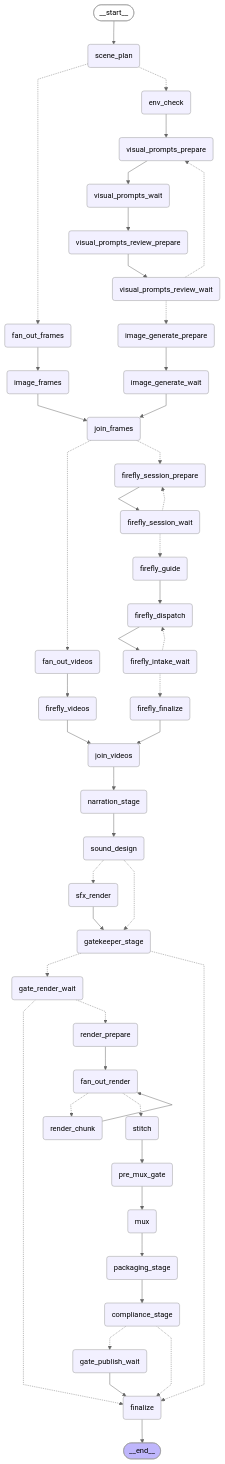
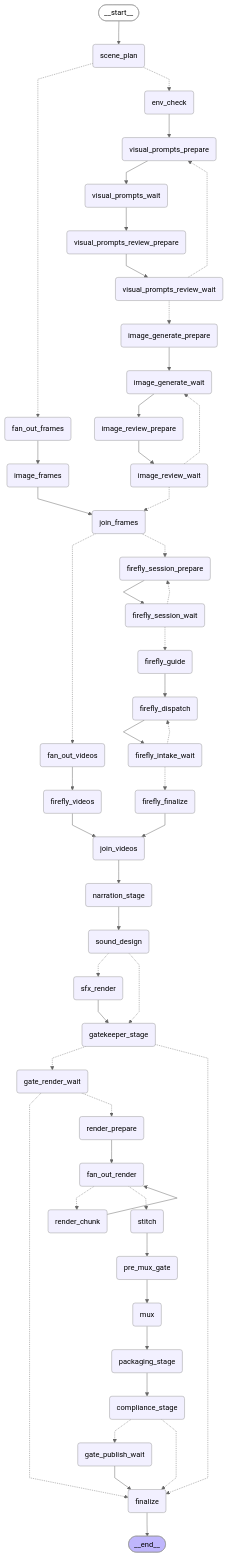
Before and after one commit to vickhenriqueztorres-source/hsl-video-studio: the diagram in docs/graph/production.mmd, drawn with Mermaid (neutral theme). The commit also changed 20 other files, not shown here.

```diff
--- a/docs/graph/production.mmd
+++ b/docs/graph/production.mmd
@@ -1,88 +1,93 @@
 %%{init: {'flowchart': {'curve': 'linear'}}}%%
 graph TD;
 	__start__([<p>__start__</p>]):::first
 	scene_plan(scene_plan)
 	env_check(env_check)
 	visual_prompts_prepare(visual_prompts_prepare)
 	visual_prompts_wait(visual_prompts_wait)
 	visual_prompts_review_prepare(visual_prompts_review_prepare)
 	visual_prompts_review_wait(visual_prompts_review_wait)
 	image_generate_prepare(image_generate_prepare)
 	image_generate_wait(image_generate_wait)
+	image_review_prepare(image_review_prepare)
+	image_review_wait(image_review_wait)
 	fan_out_frames(fan_out_frames)
 	image_frames(image_frames)
 	join_frames(join_frames)
 	firefly_session_prepare(firefly_session_prepare)
 	firefly_session_wait(firefly_session_wait)
 	firefly_guide(firefly_guide)
 	firefly_dispatch(firefly_dispatch)
 	firefly_intake_wait(firefly_intake_wait)
 	firefly_finalize(firefly_finalize)
 	fan_out_videos(fan_out_videos)
 	firefly_videos(firefly_videos)
 	join_videos(join_videos)
 	narration_stage(narration_stage)
 	sound_design(sound_design)
 	sfx_render(sfx_render)
 	gatekeeper_stage(gatekeeper_stage)
 	gate_render_wait(gate_render_wait)
 	render_prepare(render_prepare)
 	fan_out_render(fan_out_render)
 	render_chunk(render_chunk)
 	stitch(stitch)
 	pre_mux_gate(pre_mux_gate)
 	mux(mux)
 	packaging_stage(packaging_stage)
 	compliance_stage(compliance_stage)
 	gate_publish_wait(gate_publish_wait)
 	finalize(finalize)
 	__end__([<p>__end__</p>]):::last
 	__start__ --> scene_plan;
 	env_check --> visual_prompts_prepare;
 	fan_out_frames --> image_frames;
 	fan_out_videos --> firefly_videos;
 	finalize --> __end__;
 	firefly_dispatch --> firefly_intake_wait;
 	firefly_finalize --> join_videos;
 	firefly_guide --> firefly_dispatch;
 	firefly_session_prepare --> firefly_session_wait;
 	firefly_videos --> join_videos;
 	gate_publish_wait --> finalize;
 	image_frames --> join_frames;
 	image_generate_prepare --> image_generate_wait;
-	image_generate_wait --> join_frames;
+	image_generate_wait --> image_review_prepare;
+	image_review_prepare --> image_review_wait;
 	join_videos --> narration_stage;
 	mux --> packaging_stage;
 	narration_stage --> sound_design;
 	packaging_stage --> compliance_stage;
 	pre_mux_gate --> mux;
 	render_chunk --> fan_out_render;
 	render_prepare --> fan_out_render;
 	sfx_render --> gatekeeper_stage;
 	stitch --> pre_mux_gate;
 	visual_prompts_prepare --> visual_prompts_wait;
 	visual_prompts_review_prepare --> visual_prompts_review_wait;
 	visual_prompts_wait --> visual_prompts_review_prepare;
 	scene_plan -.-> fan_out_frames;
 	scene_plan -.-> env_check;
 	visual_prompts_review_wait -.-> visual_prompts_prepare;
 	visual_prompts_review_wait -.-> image_generate_prepare;
+	image_review_wait -.-> image_generate_wait;
+	image_review_wait -.-> join_frames;
 	join_frames -.-> fan_out_videos;
 	join_frames -.-> firefly_session_prepare;
 	firefly_session_wait -.-> firefly_guide;
 	firefly_session_wait -.-> firefly_session_prepare;
 	firefly_intake_wait -.-> firefly_dispatch;
 	firefly_intake_wait -.-> firefly_finalize;
 	sound_design -.-> sfx_render;
 	sound_design -.-> gatekeeper_stage;
 	gatekeeper_stage -.-> gate_render_wait;
 	gatekeeper_stage -.-> finalize;
 	gate_render_wait -.-> finalize;
 	gate_render_wait -.-> render_prepare;
 	fan_out_render -.-> render_chunk;
 	fan_out_render -.-> stitch;
 	compliance_stage -.-> gate_publish_wait;
 	compliance_stage -.-> finalize;
 	classDef default fill:#f2f0ff,line-height:1.2;
 	classDef first fill-opacity:0;
 	classDef last fill:#bfb6fc;
```
